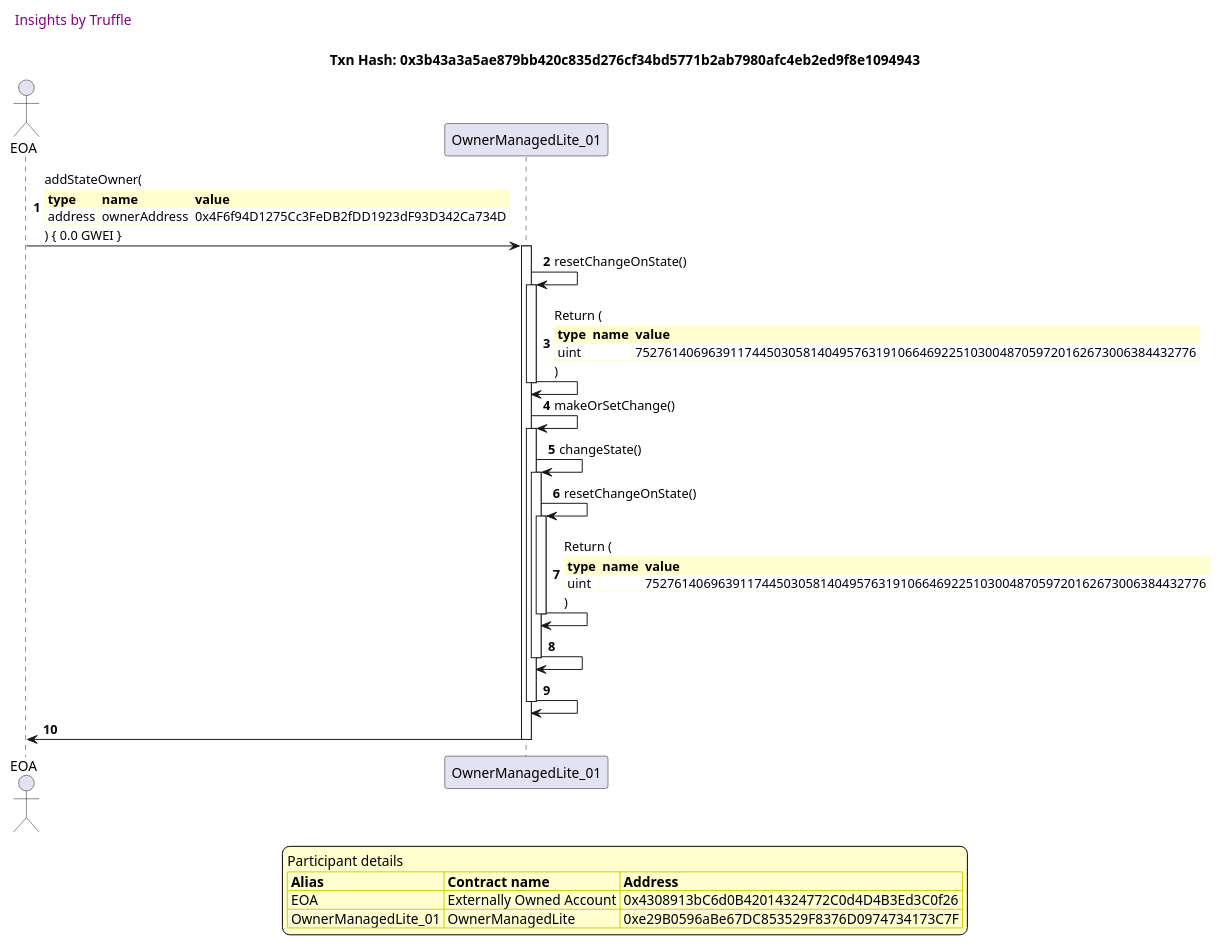
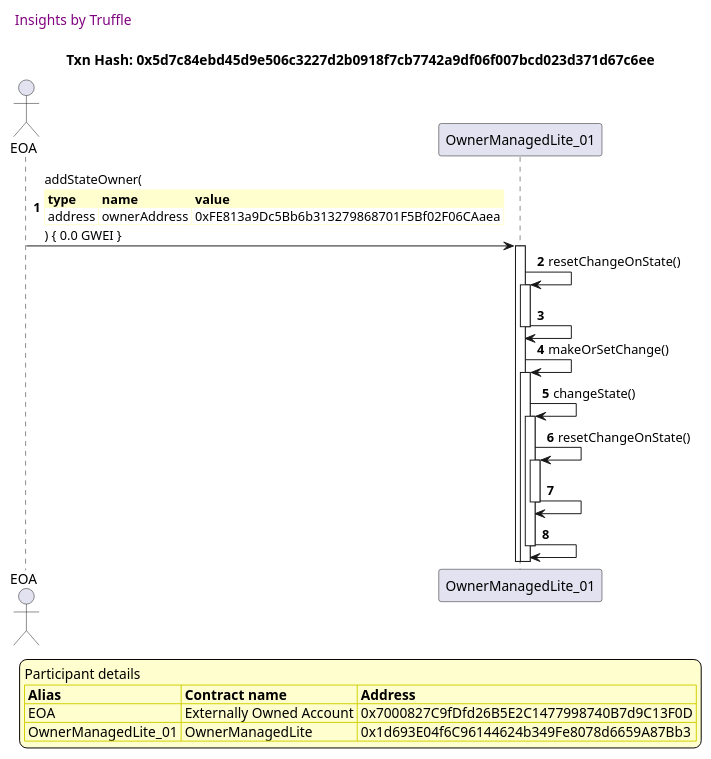
The third of 31 diagrams in truffle-seq/OwnerManagedLite_test_griefing_prevention.md (thedarkjester/ConsensysAssignment), drawn with PlantUML before and after one commit. The commit also changed other lines of this file and 13 other files, not shown here.

````diff
--- a/truffle-seq/OwnerManagedLite_test_griefing_prevention.md
+++ b/truffle-seq/OwnerManagedLite_test_griefing_prevention.md
@@ -103,54 +103,46 @@
 ```plantuml
 
 
 @startuml
 
 autonumber
 skinparam legendBackgroundColor #FEFECE
 
 <style>
       header {
         HorizontalAlignment left
         FontColor purple
         FontSize 14
         Padding 10
       }
     </style>
 
 header Insights by Truffle
 
-title Txn Hash: 0x3b43a3a5ae879bb420c835d276cf34bd5771b2ab7980afc4eb2ed9f8e1094943
+title Txn Hash: 0x5d7c84ebd45d9e506c3227d2b0918f7cb7742a9df06f007bcd023d371d67c6ee
 
 
 actor EOA as "EOA"
 participant OwnerManagedLite_01 as "OwnerManagedLite_01"
 
 "EOA" -> "OwnerManagedLite_01" ++: addStateOwner(\n\
 <#FEFECE,#FEFECE>|= type |= name |= value |\n\
-| address | ownerAddress | 0x4F6f94D1275Cc3FeDB2fDD1923dF93D342Ca734D |\n\
+| address | ownerAddress | 0xFE813a9Dc5Bb6b313279868701F5Bf02F06CAaea |\n\
 ) { 0.0 GWEI }
 "OwnerManagedLite_01" -> "OwnerManagedLite_01" ++: resetChangeOnState()
-"OwnerManagedLite_01" -> "OwnerManagedLite_01" --: Return (\n\
-<#FEFECE,#FEFECE>|= type |= name |= value |\n\
-| uint |  | 75276140696391174450305814049576319106646922510300487059720162673006384432776 |\n\
-)
+"OwnerManagedLite_01" -> "OwnerManagedLite_01" --: 
 "OwnerManagedLite_01" -> "OwnerManagedLite_01" ++: makeOrSetChange()
 "OwnerManagedLite_01" -> "OwnerManagedLite_01" ++: changeState()
 "OwnerManagedLite_01" -> "OwnerManagedLite_01" ++: resetChangeOnState()
-"OwnerManagedLite_01" -> "OwnerManagedLite_01" --: Return (\n\
-<#FEFECE,#FEFECE>|= type |= name |= value |\n\
-| uint |  | 75276140696391174450305814049576319106646922510300487059720162673006384432776 |\n\
-)
 "OwnerManagedLite_01" -> "OwnerManagedLite_01" --: 
 "OwnerManagedLite_01" -> "OwnerManagedLite_01" --: 
-"OwnerManagedLite_01" -> "EOA" --: 
 
 legend
 Participant details
 <#FEFECE,#D0D000>|= Alias |= Contract name |= Address |
-<#FEFECE>| EOA | Externally Owned Account | 0x4308913bC6d0B42014324772C0d4D4B3Ed3C0f26 |
-<#FEFECE>| OwnerManagedLite_01 | OwnerManagedLite | 0xe29B0596aBe67DC853529F8376D0974734173C7F |
+<#FEFECE>| EOA | Externally Owned Account | 0x7000827C9fDfd26B5E2C1477998740B7d9C13F0D |
+<#FEFECE>| OwnerManagedLite_01 | OwnerManagedLite | 0x1d693E04f6C96144624b349Fe8078d6659A87Bb3 |
 endlegend
 
 @enduml
 ```
````
